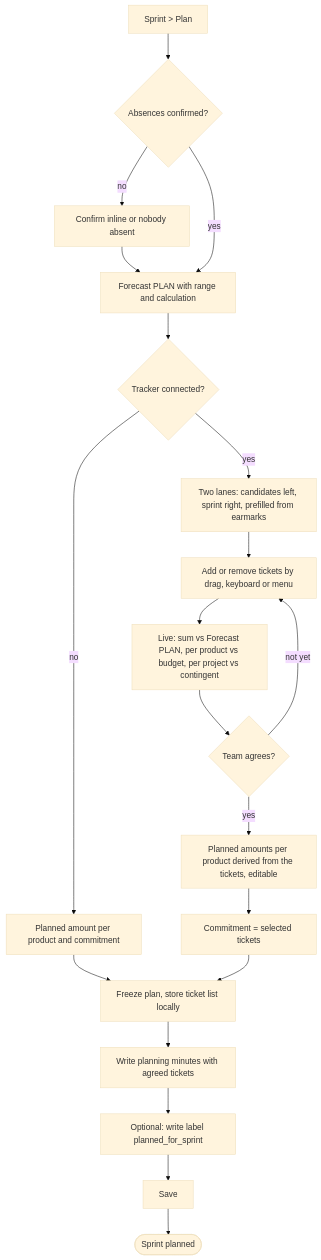
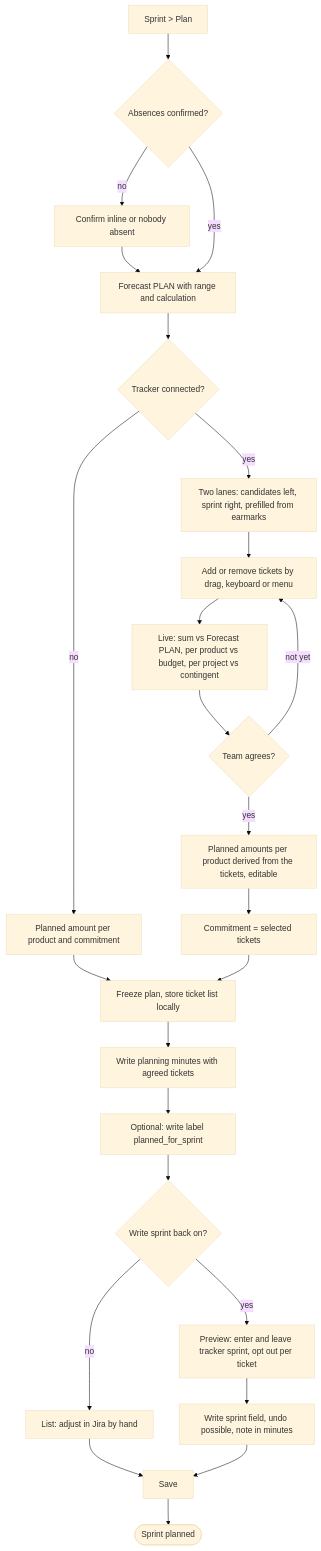
The sixth of 18 diagrams in docs/redesign/flows.md (swallat/foresprint), drawn with Mermaid (base theme) before and after one commit. The commit also changed other lines of this file and 8 other files, not shown here.

````diff
--- a/docs/redesign/flows.md
+++ b/docs/redesign/flows.md
@@ -218,21 +221,25 @@
 ```mermaid
 flowchart TD
   S[Sprint > Plan] --> A{Absences confirmed?}
   A -- no --> A1[Confirm inline or nobody absent] --> F
   A -- yes --> F[Forecast PLAN with range and calculation]
   F --> T{Tracker connected?}
   T -- no --> P[Planned amount per product and commitment]
   T -- yes --> L[Two lanes: candidates left, sprint right, prefilled from earmarks]
   L --> M[Add or remove tickets by drag, keyboard or menu]
   M --> G[Live: sum vs Forecast PLAN, per product vs budget, per project vs contingent]
   G --> Q{Team agrees?}
   Q -- not yet --> M
   Q -- yes --> P2[Planned amounts per product derived from the tickets, editable]
   P2 --> C[Commitment = selected tickets]
   P --> Z
   C --> Z[Freeze plan, store ticket list locally]
   Z --> MN[Write planning minutes with agreed tickets]
   MN --> W[Optional: write label planned_for_sprint]
-  W --> SH[Save]
+  W --> WB{Write sprint back on?}
+  WB -- no --> J[List: adjust in Jira by hand]
+  WB -- yes --> PV[Preview: enter and leave tracker sprint, opt out per ticket] --> WR[Write sprint field, undo possible, note in minutes]
+  J --> SH
+  WR --> SH[Save]
   SH --> D([Sprint planned])
 ```
````
